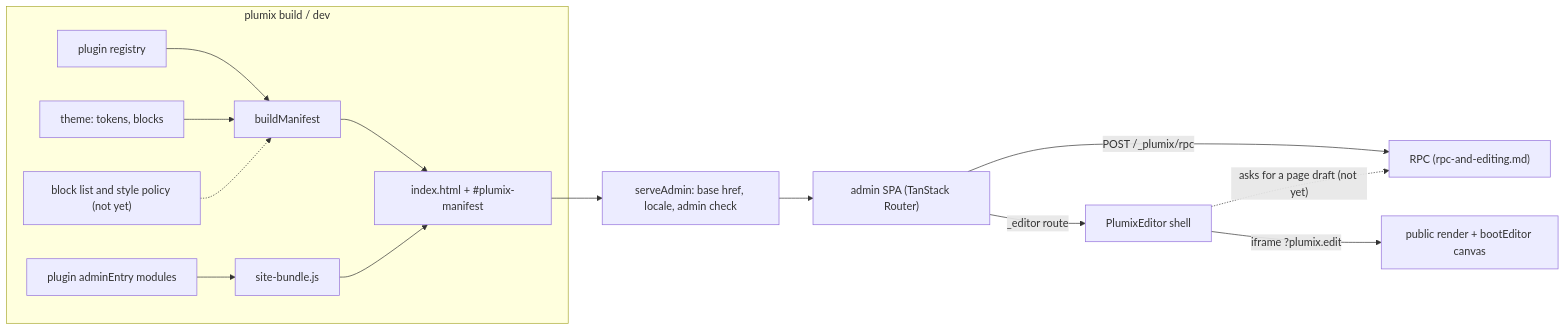
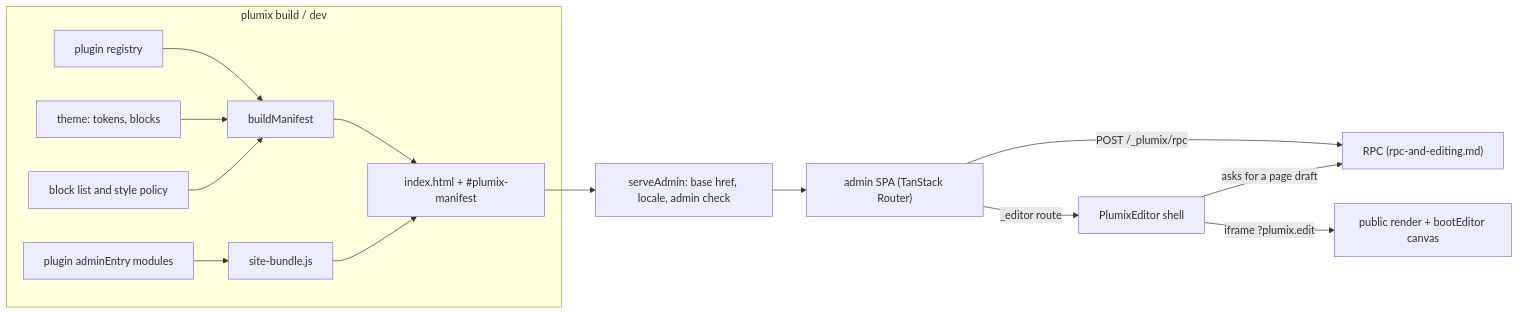
Before and after one commit to withplumix/plumix: the diagram in docs/architecture/admin-and-editor.md, drawn with Mermaid. The commit also changed other lines of this file and 23 other files, not shown here.

````diff
--- a/docs/architecture/admin-and-editor.md
+++ b/docs/architecture/admin-and-editor.md
@@ -7,17 +7,17 @@
 ```mermaid
 flowchart LR
   subgraph build["plumix build / dev"]
     REG["plugin registry"] --> BM["buildManifest"]
     TH["theme: tokens, blocks"] --> BM
-    POL["block list and style policy (not yet)"] -.-> BM
+    POL["block list and style policy"] --> BM
     BM --> HTML["index.html + #plumix-manifest"]
     AE["plugin adminEntry modules"] --> SB["site-bundle.js"]
     SB --> HTML
   end
   HTML --> SA["serveAdmin: base href, locale, admin check"]
   SA --> SPA["admin SPA (TanStack Router)"]
   SPA -- "POST /_plumix/rpc" --> RPC["RPC (rpc-and-editing.md)"]
   SPA -- "_editor route" --> ES["PlumixEditor shell"]
   ES -- "iframe ?plumix.edit" --> CV["public render + bootEditor canvas"]
-  ES -. "asks for a page draft (not yet)" .-> RPC
+  ES -- "asks for a page draft" --> RPC
 ```
````
